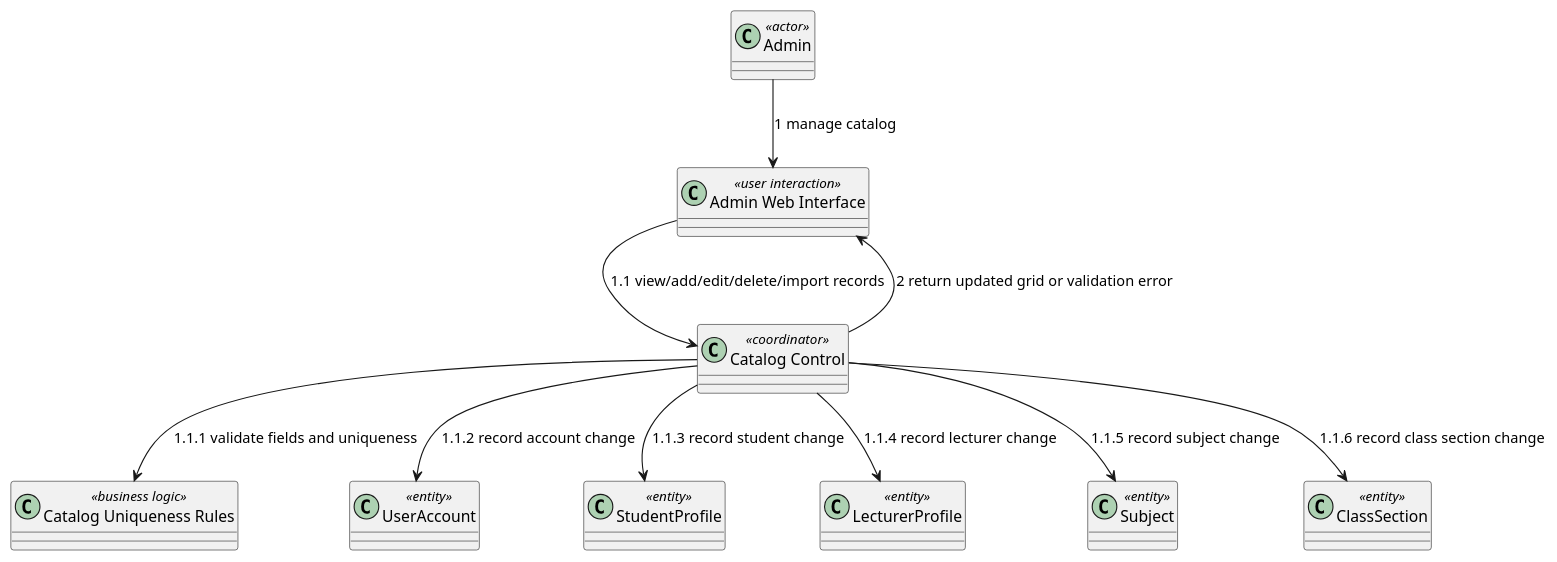
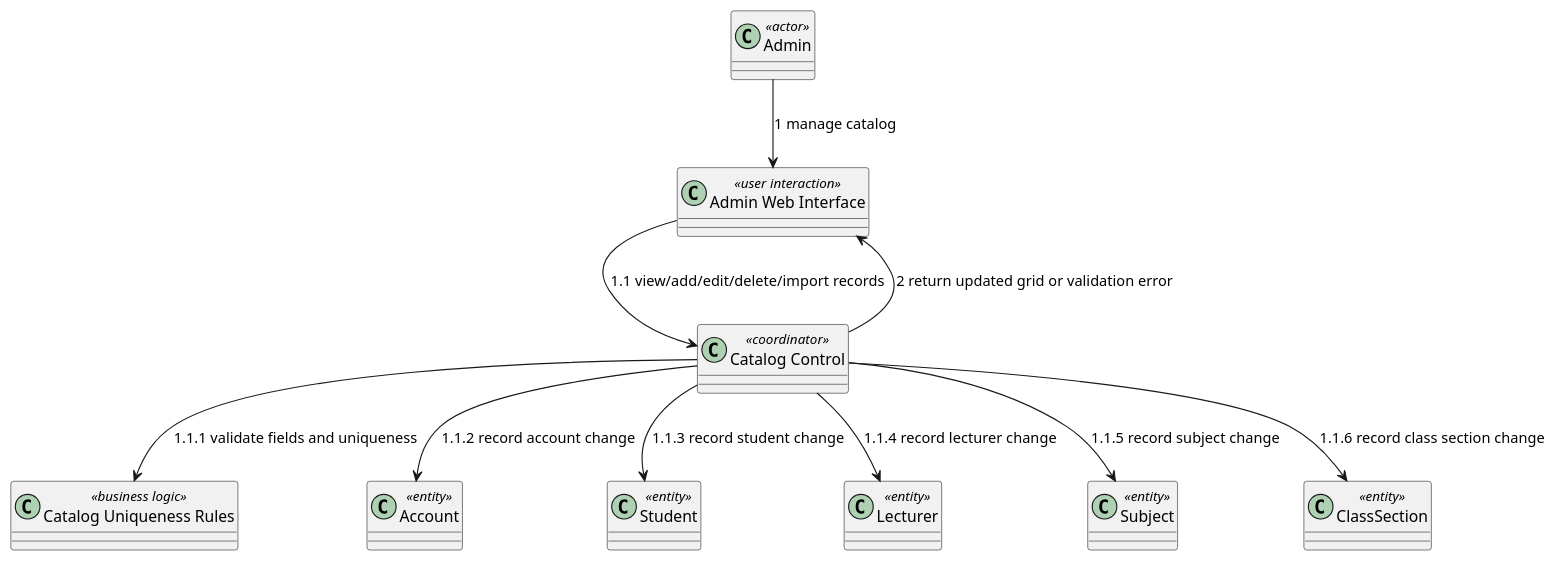
Before and after one commit to nttung42/SWD392: diagram 24 of 29 in docs/sds/2_Analysis.md, drawn with PlantUML. The commit also changed other lines of this file and 2 other files, not shown here.

````diff
--- a/docs/sds/2_Analysis.md
+++ b/docs/sds/2_Analysis.md
@@ -1207,23 +1215,23 @@
 ```plantuml
 @startuml
 class "Admin" as Admin <<actor>>
 class "Admin Web Interface" as AdminUI <<user interaction>>
 class "Catalog Control" as CatalogControl <<coordinator>>
 class "Catalog Uniqueness Rules" as CatalogRules <<business logic>>
-class "UserAccount" as UserAccount <<entity>>
-class "StudentProfile" as StudentProfile <<entity>>
-class "LecturerProfile" as LecturerProfile <<entity>>
+class "Account" as Account <<entity>>
+class "Student" as Student <<entity>>
+class "Lecturer" as Lecturer <<entity>>
 class "Subject" as Subject <<entity>>
 class "ClassSection" as ClassSection <<entity>>
 
 Admin --> AdminUI : 1 manage catalog
 AdminUI --> CatalogControl : 1.1 view/add/edit/delete/import records
 CatalogControl --> CatalogRules : 1.1.1 validate fields and uniqueness
-CatalogControl --> UserAccount : 1.1.2 record account change
-CatalogControl --> StudentProfile : 1.1.3 record student change
-CatalogControl --> LecturerProfile : 1.1.4 record lecturer change
+CatalogControl --> Account : 1.1.2 record account change
+CatalogControl --> Student : 1.1.3 record student change
+CatalogControl --> Lecturer : 1.1.4 record lecturer change
 CatalogControl --> Subject : 1.1.5 record subject change
 CatalogControl --> ClassSection : 1.1.6 record class section change
 CatalogControl --> AdminUI : 2 return updated grid or validation error
 @enduml
 ```
````
